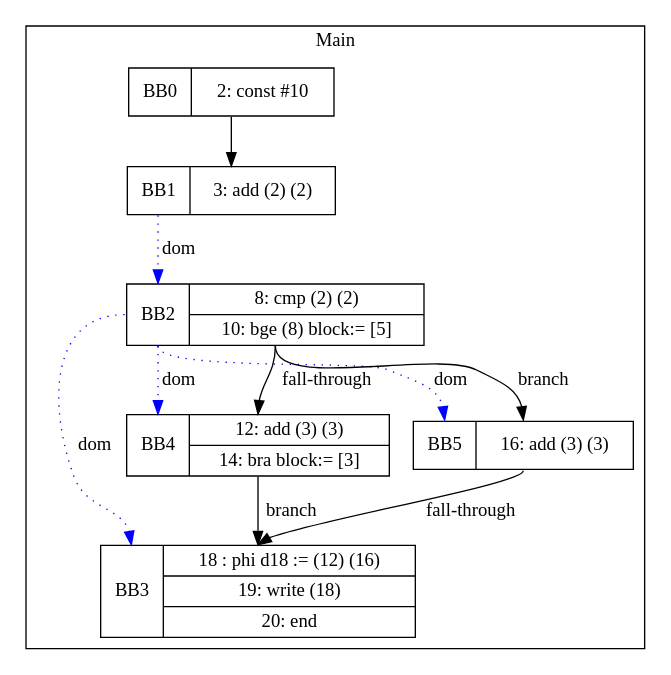
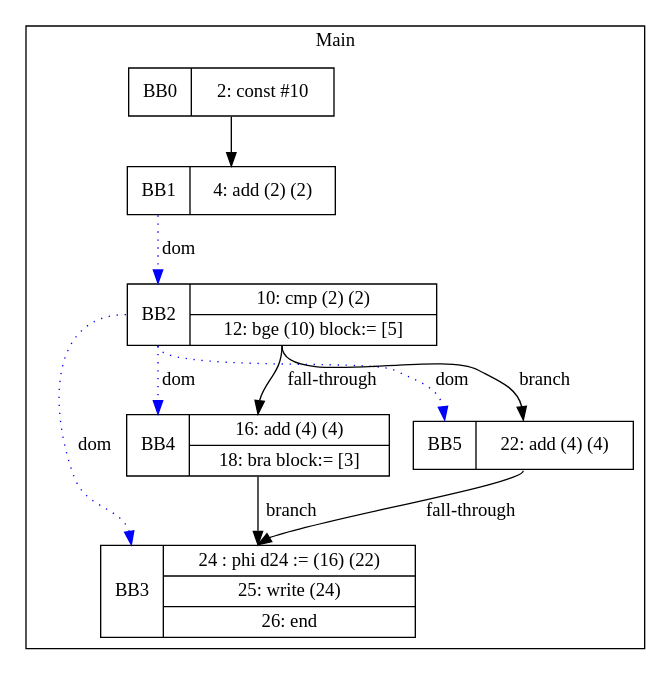
One commit to zjc664656505/UCI-CS241-Advanced-Compiler-main changed the diagram in visualization/jmcgowa/CSE_Tests/CSE3.gv. Above: the diagram before and after it, drawn with Graphviz. The commit also changed 62 other files, not shown here.

```diff
--- a/visualization/jmcgowa/CSE_Tests/CSE3.gv
+++ b/visualization/jmcgowa/CSE_Tests/CSE3.gv
@@ -1,21 +1,21 @@
 digraph G {
 node [shape=record];
 subgraph cluster_main{
 label = "Main";
 BB0 [shape=record, label="<b>BB0|{2: const #10}"];
-BB1 [shape=record, label="<b>BB1|{3: add (2) (2)}"];
-BB2 [shape=record, label="<b>BB2|{8: cmp (2) (2)|10: bge (8) block:= [5]}"];
-BB3 [shape=record, label="<b>BB3|{18 : phi d18 := (12) (16)|19: write (18)|20: end}"];
-BB4 [shape=record, label="<b>BB4|{12: add (3) (3)|14: bra block:= [3]}"];
-BB5 [shape=record, label="<b>BB5|{16: add (3) (3)}"];
+BB1 [shape=record, label="<b>BB1|{4: add (2) (2)}"];
+BB2 [shape=record, label="<b>BB2|{10: cmp (2) (2)|12: bge (10) block:= [5]}"];
+BB3 [shape=record, label="<b>BB3|{24 : phi d24 := (16) (22)|25: write (24)|26: end}"];
+BB4 [shape=record, label="<b>BB4|{16: add (4) (4)|18: bra block:= [3]}"];
+BB5 [shape=record, label="<b>BB5|{22: add (4) (4)}"];
 }
 BB0:s -> BB1:n ;
 BB2:b -> BB3:b [color=blue, style=dotted, label="dom"];
 BB2:b -> BB4:b [color=blue, style=dotted, label="dom"];
 BB1:b -> BB2:b [color=blue, style=dotted, label="dom"];
 BB2:b -> BB5:b [color=blue, style=dotted, label="dom"];
 BB2:s -> BB5:n [label="branch"];
 BB4:s -> BB3:n [label="branch"];
 BB5:s -> BB3:n [label="fall-through"];
 BB2:s -> BB4:n [label="fall-through"];
 }
```
